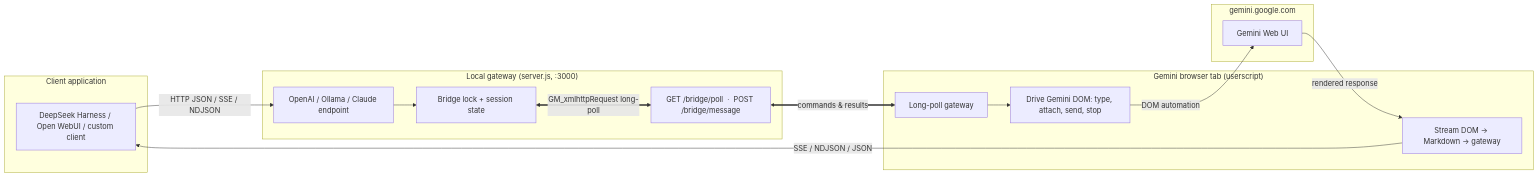
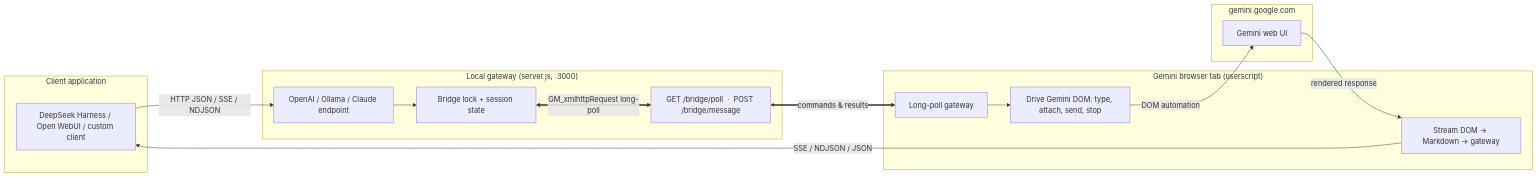
The first of 7 diagrams in README.md (ChuTM/gemini-bridge), drawn with Mermaid before and after one commit. The commit also changed other lines of this file and 2 other files, not shown here.

````diff
--- a/README.md
+++ b/README.md
@@ -576,28 +63,28 @@
 ```mermaid
 flowchart LR
     subgraph Client ["Client application"]
         C[DeepSeek Harness / Open WebUI / custom client]
     end
     subgraph Gateway ["Local gateway (server.js, :3000)"]
         G1[OpenAI / Ollama / Claude endpoint]
         G2[Bridge lock + session state]
         G3[GET /bridge/poll  ·  POST /bridge/message]
     end
     subgraph Tab ["Gemini browser tab (userscript)"]
         T1[Long-poll gateway]
         T2[Drive Gemini DOM: type, attach, send, stop]
         T3[Stream DOM → Markdown → gateway]
     end
     subgraph Web ["gemini.google.com"]
-        W[Gemini Web UI]
+        W[Gemini web UI]
     end
 
     C -->|HTTP JSON / SSE / NDJSON| G1
     G1 --> G2
     G2 <==>|GM_xmlhttpRequest long-poll| G3
     G3 <==>|commands & results| T1
     T1 --> T2
     T2 -->|DOM automation| W
     W -->|rendered response| T3
     T3 -->|SSE / NDJSON / JSON| C
 ```
````
